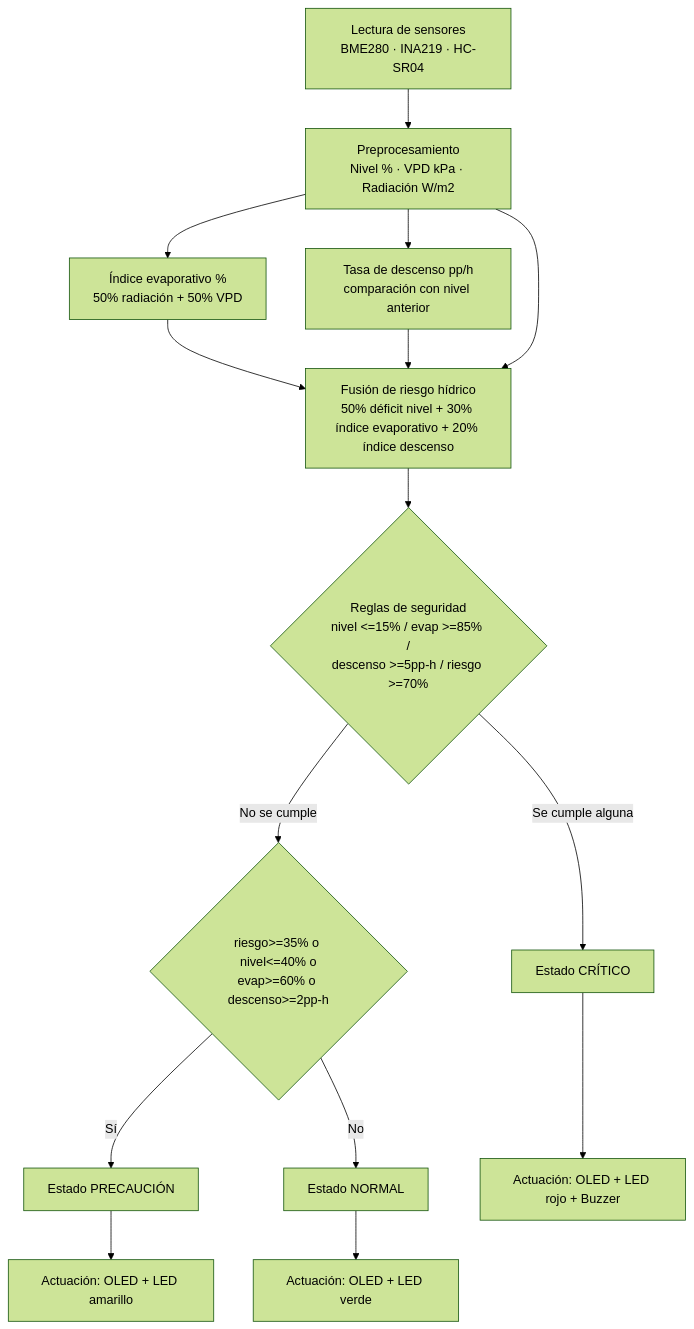
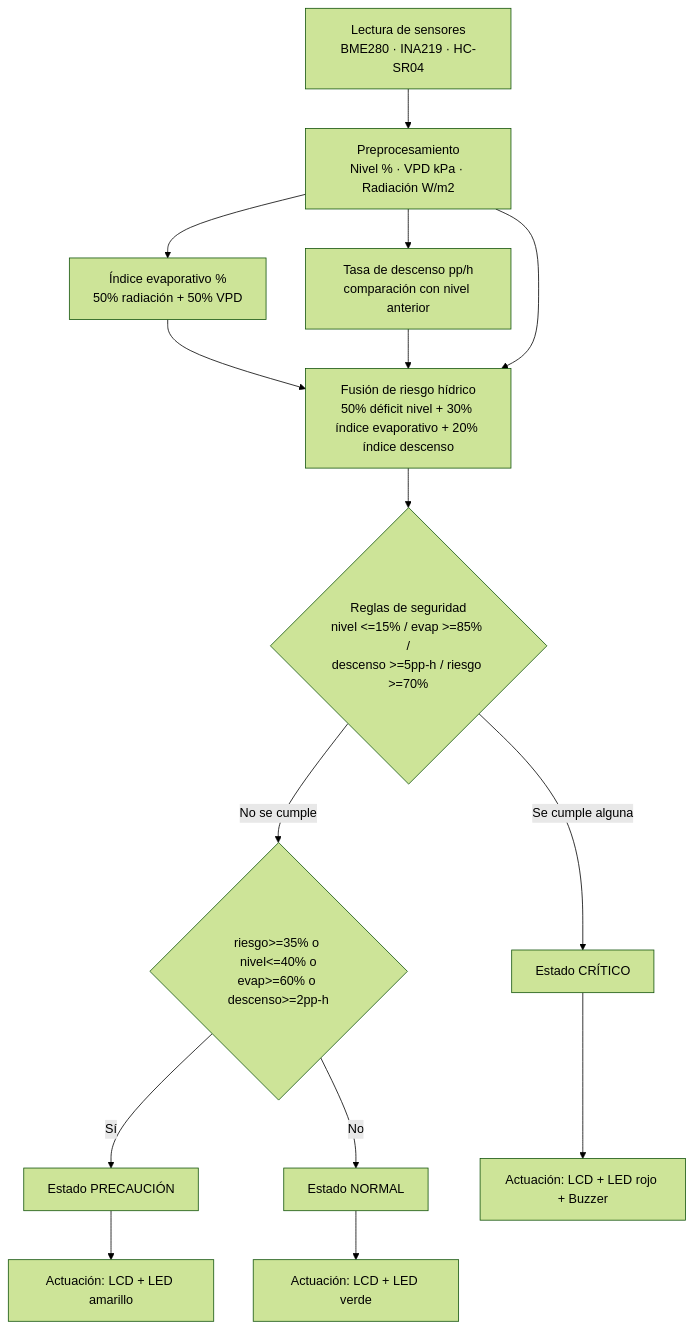
The second of 2 diagrams in wiki/02-Solucion-Propuesta.md (jorgis857/sistema-alerta-temprana-riesgo-hidrico), drawn with Mermaid (forest theme) before and after one commit. The commit also changed other lines of this file, not shown here.

````diff
--- a/wiki/02-Solucion-Propuesta.md
+++ b/wiki/02-Solucion-Propuesta.md
@@ -67,17 +67,17 @@
 ```mermaid
 flowchart TD
     A[Lectura de sensores\nBME280 · INA219 · HC-SR04] --> B[Preprocesamiento\nNivel % · VPD kPa · Radiación W/m2]
     B --> C[Índice evaporativo %\n50% radiación + 50% VPD]
     B --> D[Tasa de descenso pp/h\ncomparación con nivel anterior]
     C --> E[Fusión de riesgo hídrico\n50% déficit nivel + 30% índice evaporativo + 20% índice descenso]
     D --> E
     B --> E
     E --> F{Reglas de seguridad\nnivel <=15% / evap >=85% /\ndescenso >=5pp-h / riesgo >=70%}
     F -->|Se cumple alguna| G[Estado CRÍTICO]
     F -->|No se cumple| H{riesgo>=35% o nivel<=40% o\nevap>=60% o descenso>=2pp-h}
     H -->|Sí| I[Estado PRECAUCIÓN]
     H -->|No| J[Estado NORMAL]
-    G --> K[Actuación: OLED + LED rojo + Buzzer]
-    I --> L[Actuación: OLED + LED amarillo]
-    J --> M[Actuación: OLED + LED verde]
+    G --> K[Actuación: LCD + LED rojo + Buzzer]
+    I --> L[Actuación: LCD + LED amarillo]
+    J --> M[Actuación: LCD + LED verde]
 ```
````
